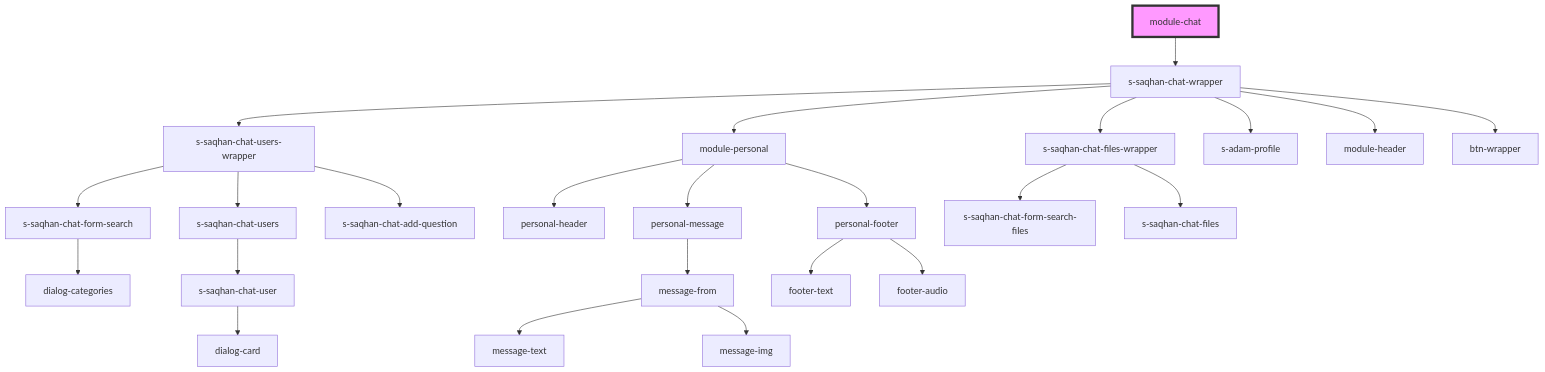
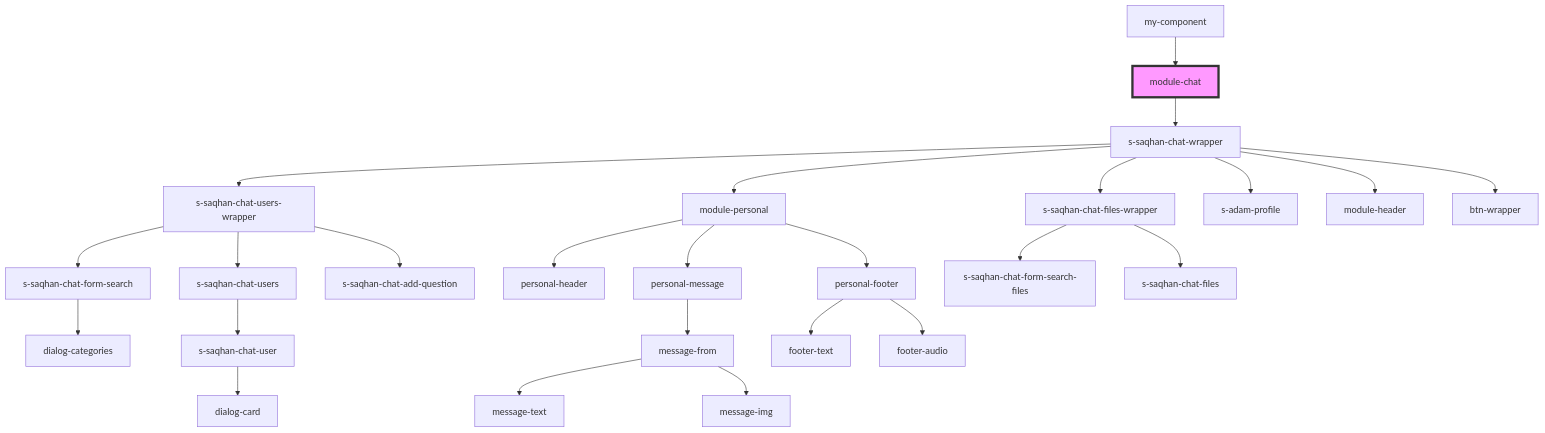
One commit to saqhan/stencil-chat changed the diagram in src/components/module/module-chat/readme.md. Above: the diagram before and after it, drawn with Mermaid. The commit also changed other lines of this file and 8 other files, not shown here.

````diff
--- a/src/components/module/module-chat/readme.md
+++ b/src/components/module/module-chat/readme.md
@@ -15,27 +19,28 @@
 ```mermaid
 graph TD;
   module-chat --> s-saqhan-chat-wrapper
   s-saqhan-chat-wrapper --> s-saqhan-chat-users-wrapper
   s-saqhan-chat-wrapper --> module-personal
   s-saqhan-chat-wrapper --> s-saqhan-chat-files-wrapper
   s-saqhan-chat-wrapper --> s-adam-profile
   s-saqhan-chat-wrapper --> module-header
   s-saqhan-chat-wrapper --> btn-wrapper
   s-saqhan-chat-users-wrapper --> s-saqhan-chat-form-search
   s-saqhan-chat-users-wrapper --> s-saqhan-chat-users
   s-saqhan-chat-users-wrapper --> s-saqhan-chat-add-question
   s-saqhan-chat-form-search --> dialog-categories
   s-saqhan-chat-users --> s-saqhan-chat-user
   s-saqhan-chat-user --> dialog-card
   module-personal --> personal-header
   module-personal --> personal-message
   module-personal --> personal-footer
   personal-message --> message-from
   message-from --> message-text
   message-from --> message-img
   personal-footer --> footer-text
   personal-footer --> footer-audio
   s-saqhan-chat-files-wrapper --> s-saqhan-chat-form-search-files
   s-saqhan-chat-files-wrapper --> s-saqhan-chat-files
+  my-component --> module-chat
   style module-chat fill:#f9f,stroke:#333,stroke-width:4px
 ```
````
